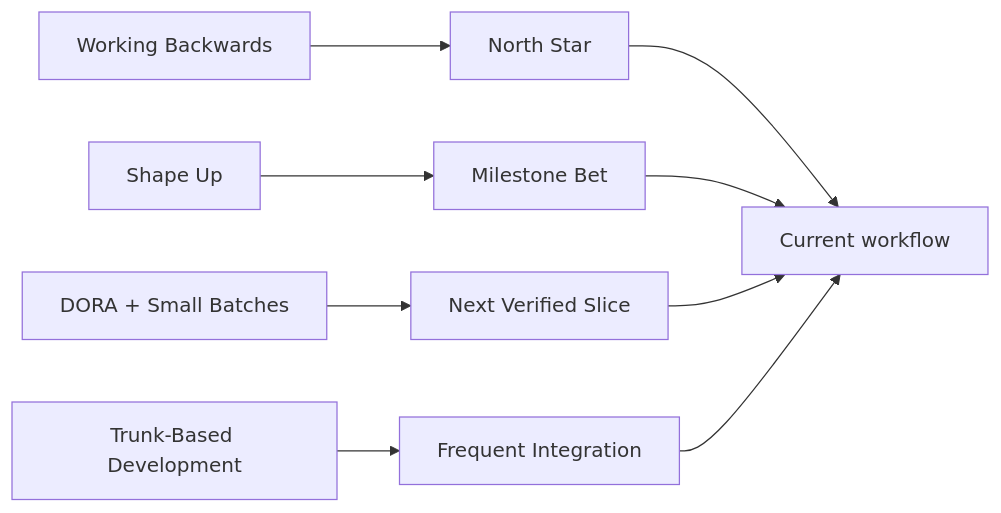
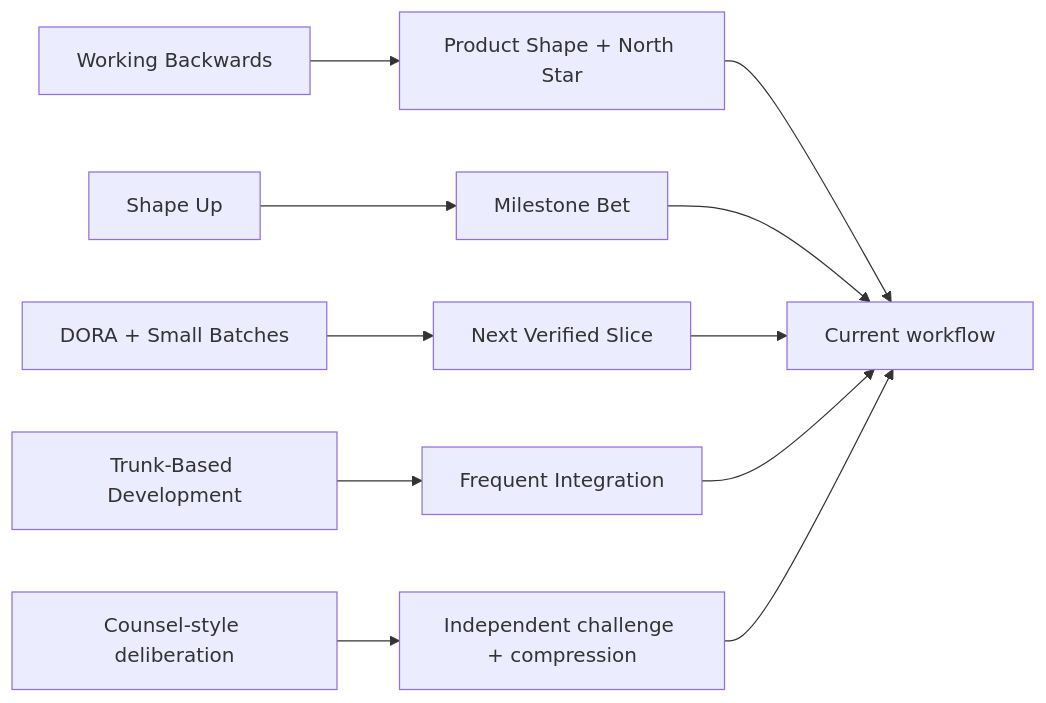
One commit to B67687/agentic-workflows changed the first of 2 diagrams in docs/fast-stable-delivery.md. Above: the diagram before and after it, drawn with Mermaid. The commit also changed other lines of this file and 22 other files, not shown here.

Commit message:
Add product shaping counsel gate

````diff
--- a/docs/fast-stable-delivery.md
+++ b/docs/fast-stable-delivery.md
@@ -9,12 +9,14 @@
 ```mermaid
 flowchart LR
-    A["Working Backwards"] --> B["North Star"]
+    A["Working Backwards"] --> B["Product Shape + North Star"]
     C["Shape Up"] --> D["Milestone Bet"]
     E["DORA + Small Batches"] --> F["Next Verified Slice"]
     G["Trunk-Based Development"] --> H["Frequent Integration"]
+    J["Counsel-style deliberation"] --> K["Independent challenge + compression"]
 
     B --> I["Current workflow"]
     D --> I
     F --> I
     H --> I
+    K --> I
 ```
````
